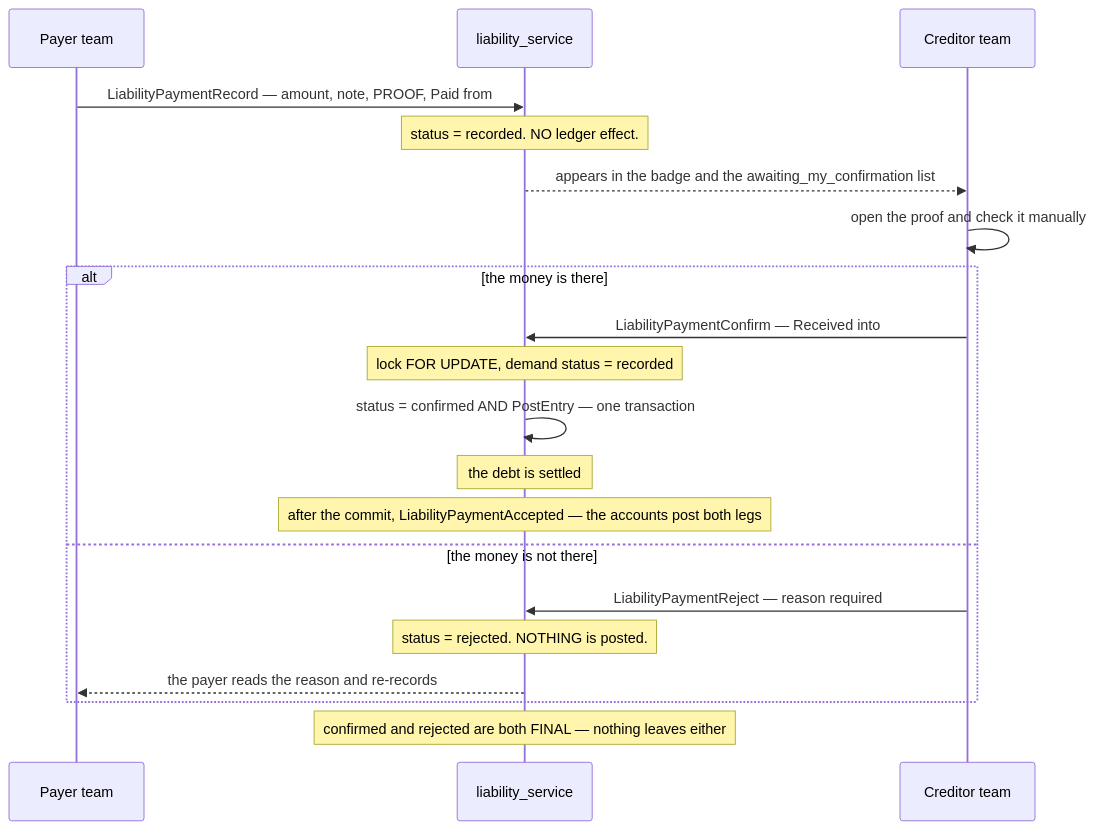
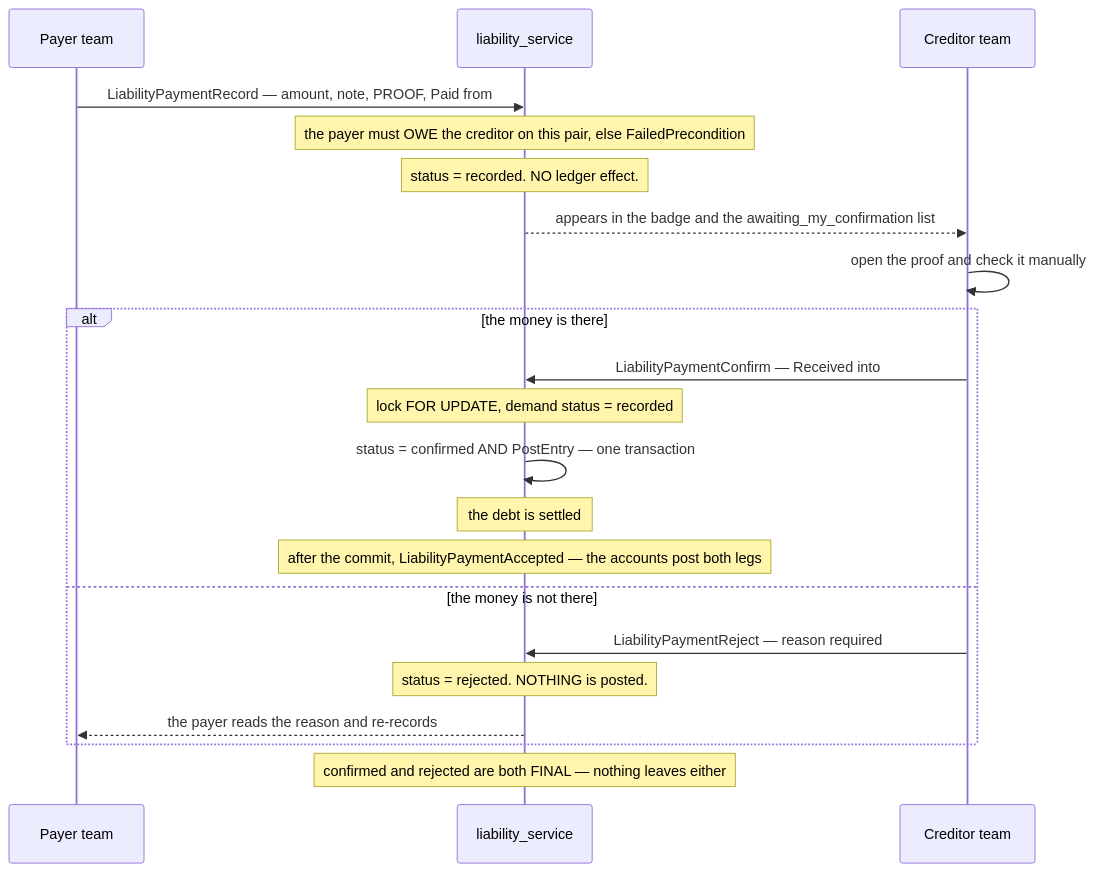
Before and after one commit to pdcgo/warehouse_revamp: diagram 11 of 14 in docs/services/liability_service/rpc.md, drawn with Mermaid. The commit also changed other lines of this file and 36 other files, not shown here.

````diff
--- a/docs/services/liability_service/rpc.md
+++ b/docs/services/liability_service/rpc.md
@@ -585,26 +585,27 @@
 ```mermaid
 sequenceDiagram
     participant P as Payer team
     participant S as liability_service
     participant C as Creditor team
 
     P->>S: LiabilityPaymentRecord — amount, note, PROOF, Paid from
+    Note over S: the payer must OWE the creditor on this pair, else FailedPrecondition
     Note over S: status = recorded. NO ledger effect.
     S-->>C: appears in the badge and the awaiting_my_confirmation list
 
     C->>C: open the proof and check it manually
 
     alt the money is there
         C->>S: LiabilityPaymentConfirm — Received into
         Note over S: lock FOR UPDATE, demand status = recorded
         S->>S: status = confirmed AND PostEntry — one transaction
         Note over S: the debt is settled
         Note over S: after the commit, LiabilityPaymentAccepted — the accounts post both legs
     else the money is not there
         C->>S: LiabilityPaymentReject — reason required
         Note over S: status = rejected. NOTHING is posted.
         S-->>P: the payer reads the reason and re-records
     end
 
     Note over S: confirmed and rejected are both FINAL — nothing leaves either
 ```
````
